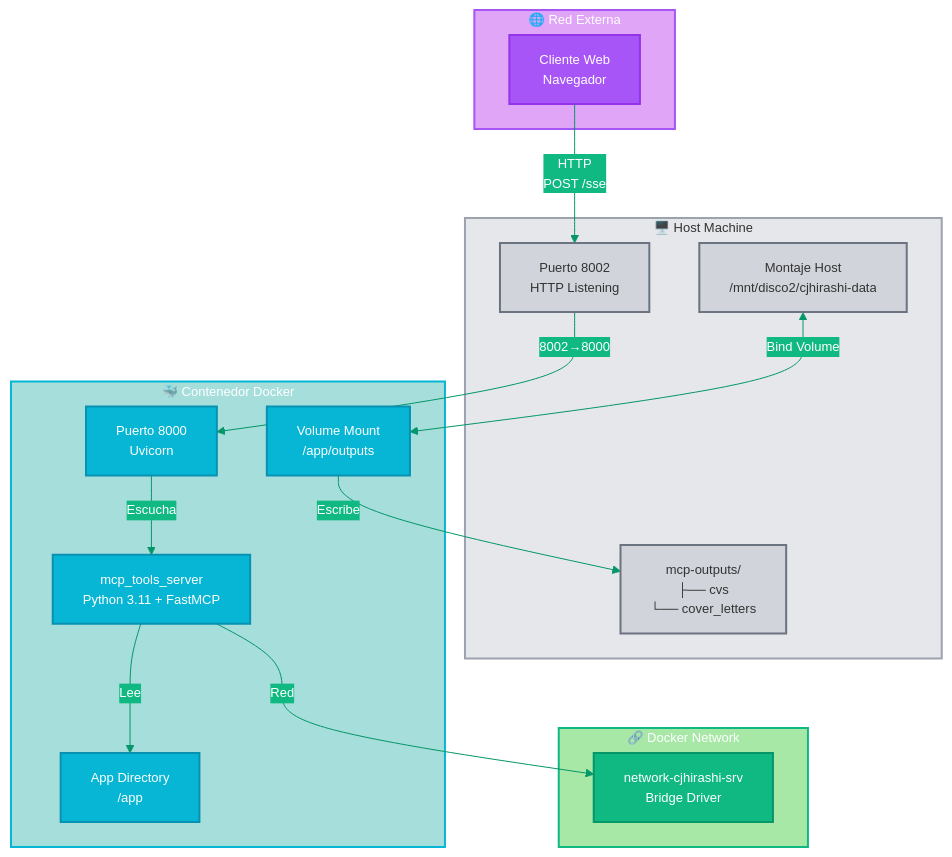
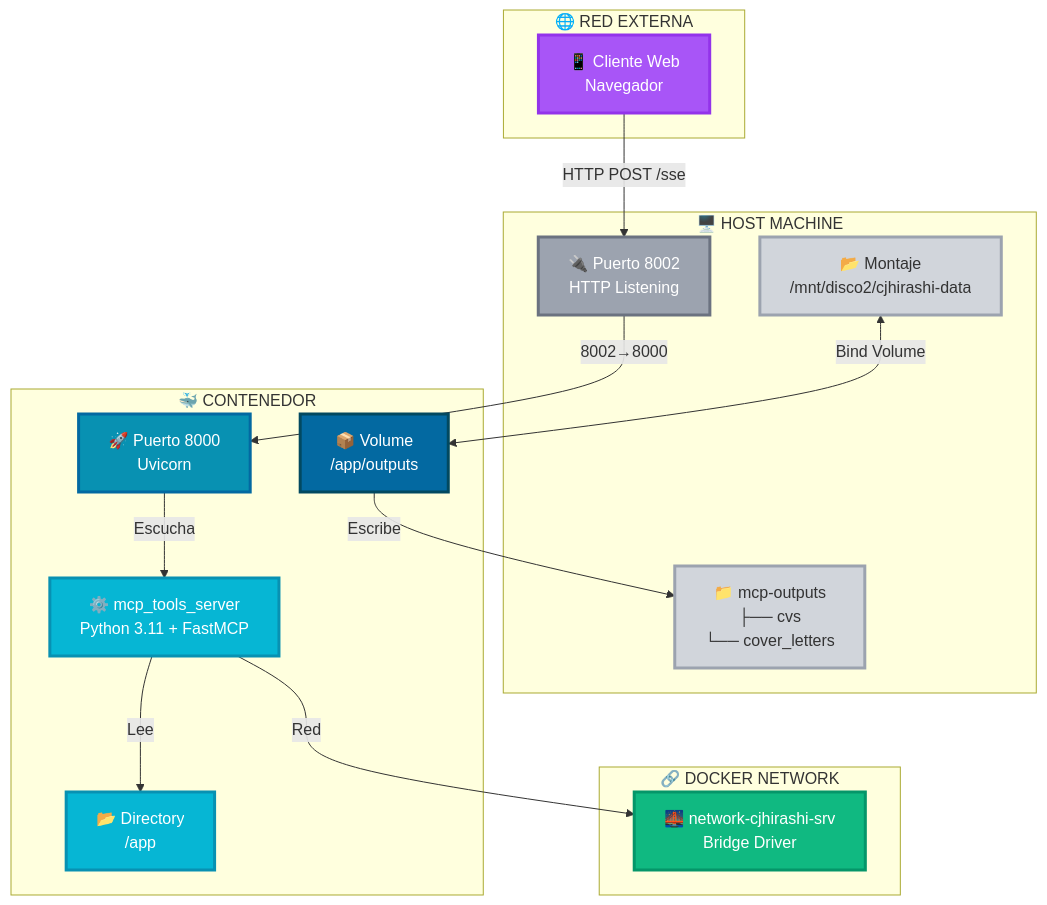
The first of 3 diagrams in docs/NETWORK_TOPOLOGY.md (cjhirashi/cjhirashi-career), drawn with Mermaid before and after one commit. The commit also changed other lines of this file and 2 other files, not shown here.

First paragraph of the commit message:
fix: Rebuild Mermaid diagrams with solid color gradients for better visibility
Replace problematic gradient syntax with solid colors that create visual depth
progression from light to dark, making data flow and architecture clearly visible.

````diff
--- a/docs/NETWORK_TOPOLOGY.md
+++ b/docs/NETWORK_TOPOLOGY.md
@@ -7,65 +7,49 @@
 ```mermaid
-%%{init: {
-  'theme': 'base',
-  'themeVariables': {
-    'primaryColor': '#A855F7',
-    'primaryTextColor': '#ffffff',
-    'primaryBorderColor': '#9333EA',
-    'secondaryColor': '#10B981',
-    'secondaryBorderColor': '#059669',
-    'tertiaryColor': '#06B6D4',
-    'tertiaryBorderColor': '#0891B2',
-    'lineColor': '#059669',
-    'fontSize': '13px'
-  }
-}}%%
-
 graph TB
-  subgraph external["🌐 Red Externa"]
-    CLIENT["Cliente Web<br/>Navegador"]
+  subgraph external["🌐 RED EXTERNA"]
+    CLIENT["📱 Cliente Web<br/>Navegador"]
   end
 
-  subgraph host["🖥️ Host Machine"]
-    PORT8002["Puerto 8002<br/>HTTP Listening"]
-    MOUNT["Montaje Host<br/>/mnt/disco2/cjhirashi-data"]
-    DIRS["mcp-outputs/<br/>├── cvs<br/>└── cover_letters"]
+  subgraph host["🖥️ HOST MACHINE"]
+    PORT8002["🔌 Puerto 8002<br/>HTTP Listening"]
+    MOUNT["📂 Montaje<br/>/mnt/disco2/cjhirashi-data"]
+    DIRS["📁 mcp-outputs<br/>├── cvs<br/>└── cover_letters"]
   end
 
-  subgraph network["🔗 Docker Network"]
-    BRIDGE["network-cjhirashi-srv<br/>Bridge Driver"]
+  subgraph network["🔗 DOCKER NETWORK"]
+    BRIDGE["🌉 network-cjhirashi-srv<br/>Bridge Driver"]
   end
 
-  subgraph container["🐳 Contenedor Docker"]
-    CONT["mcp_tools_server<br/>Python 3.11 + FastMCP"]
-    PORT8000["Puerto 8000<br/>Uvicorn"]
-    APPDIR["App Directory<br/>/app"]
-    VOLMOUNT["Volume Mount<br/>/app/outputs"]
+  subgraph container["🐳 CONTENEDOR"]
+    CONT["⚙️ mcp_tools_server<br/>Python 3.11 + FastMCP"]
+    PORT8000["🚀 Puerto 8000<br/>Uvicorn"]
+    APPDIR["📂 Directory<br/>/app"]
+    VOLMOUNT["📦 Volume<br/>/app/outputs"]
   end
 
-  CLIENT -->|"HTTP<br/>POST /sse"| PORT8002
+  CLIENT -->|"HTTP POST /sse"| PORT8002
   PORT8002 -->|"8002→8000"| PORT8000
   PORT8000 -->|"Escucha"| CONT
   CONT -->|"Red"| BRIDGE
 
   MOUNT <-->|"Bind Volume"| VOLMOUNT
   VOLMOUNT -->|"Escribe"| DIRS
   CONT -->|"Lee"| APPDIR
 
-  classDef externalBg fill:#E0A5F7,stroke:#A855F7,stroke-width:2px,color:#fff
-  classDef externalNode fill:#A855F7,stroke:#9333EA,stroke-width:2px,color:#fff
-  classDef hostBg fill:#E5E7EB,stroke:#9CA3AF,stroke-width:2px,color:#333
-  classDef hostNode fill:#D1D5DB,stroke:#6B7280,stroke-width:2px,color:#333
-  classDef networkBg fill:#A7E8A7,stroke:#10B981,stroke-width:2px,color:#fff
-  classDef networkNode fill:#10B981,stroke:#059669,stroke-width:2px,color:#fff
-  classDef containerBg fill:#A5DEDA,stroke:#06B6D4,stroke-width:2px,color:#fff
-  classDef containerNode fill:#06B6D4,stroke:#0891B2,stroke-width:2px,color:#fff
-
-  class external externalBg
-  class CLIENT externalNode
-  class host hostBg
-  class PORT8002,MOUNT,DIRS hostNode
-  class network networkBg
-  class BRIDGE networkNode
-  class container containerBg
-  class CONT,PORT8000,APPDIR,VOLMOUNT containerNode
+  %% Estilos - Morado (Externo)
+  style CLIENT fill:#A855F7,stroke:#9333EA,stroke-width:3px,color:#fff
+  
+  %% Estilos - Gris (Host)
+  style PORT8002 fill:#9CA3AF,stroke:#6B7280,stroke-width:3px,color:#fff
+  style MOUNT fill:#D1D5DB,stroke:#9CA3AF,stroke-width:3px,color:#333
+  style DIRS fill:#D1D5DB,stroke:#9CA3AF,stroke-width:3px,color:#333
+  
+  %% Estilos - Verde (Docker Network)
+  style BRIDGE fill:#10B981,stroke:#059669,stroke-width:3px,color:#fff
+  
+  %% Estilos - Cyan (Contenedor)
+  style CONT fill:#06B6D4,stroke:#0891B2,stroke-width:3px,color:#fff
+  style PORT8000 fill:#0891B2,stroke:#0369A1,stroke-width:3px,color:#fff
+  style APPDIR fill:#06B6D4,stroke:#0891B2,stroke-width:3px,color:#fff
+  style VOLMOUNT fill:#0369A1,stroke:#024960,stroke-width:3px,color:#fff
 ```
````
